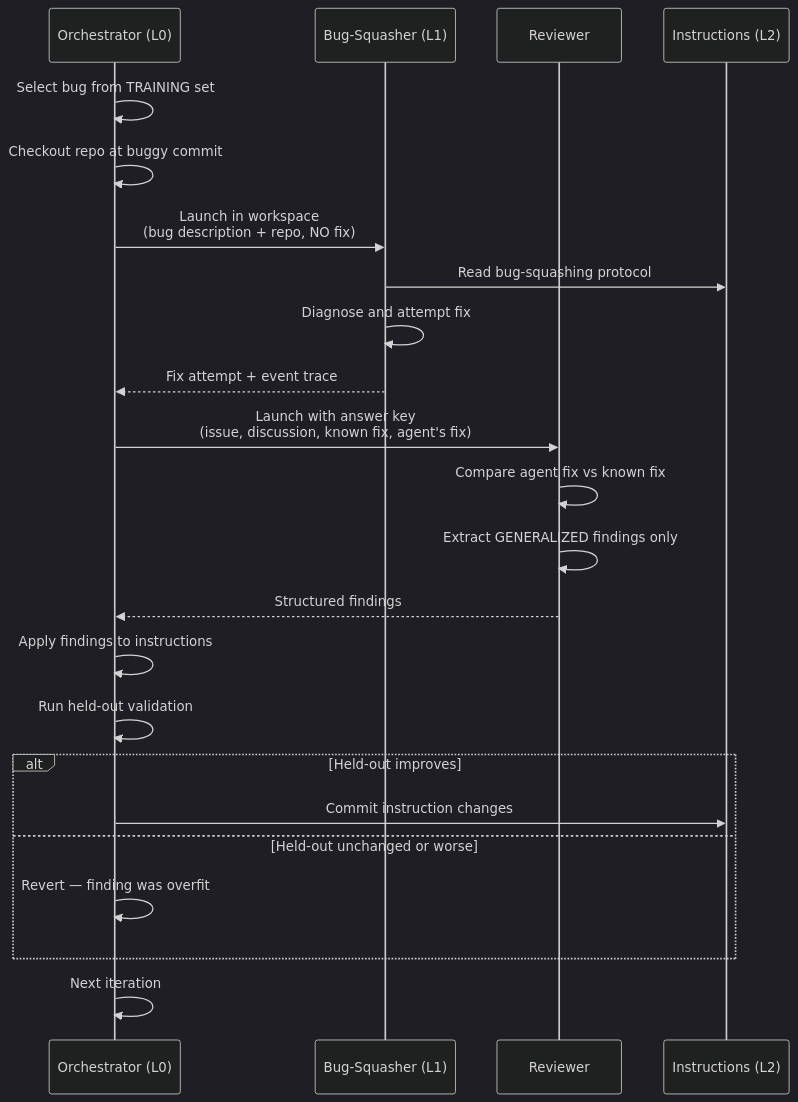
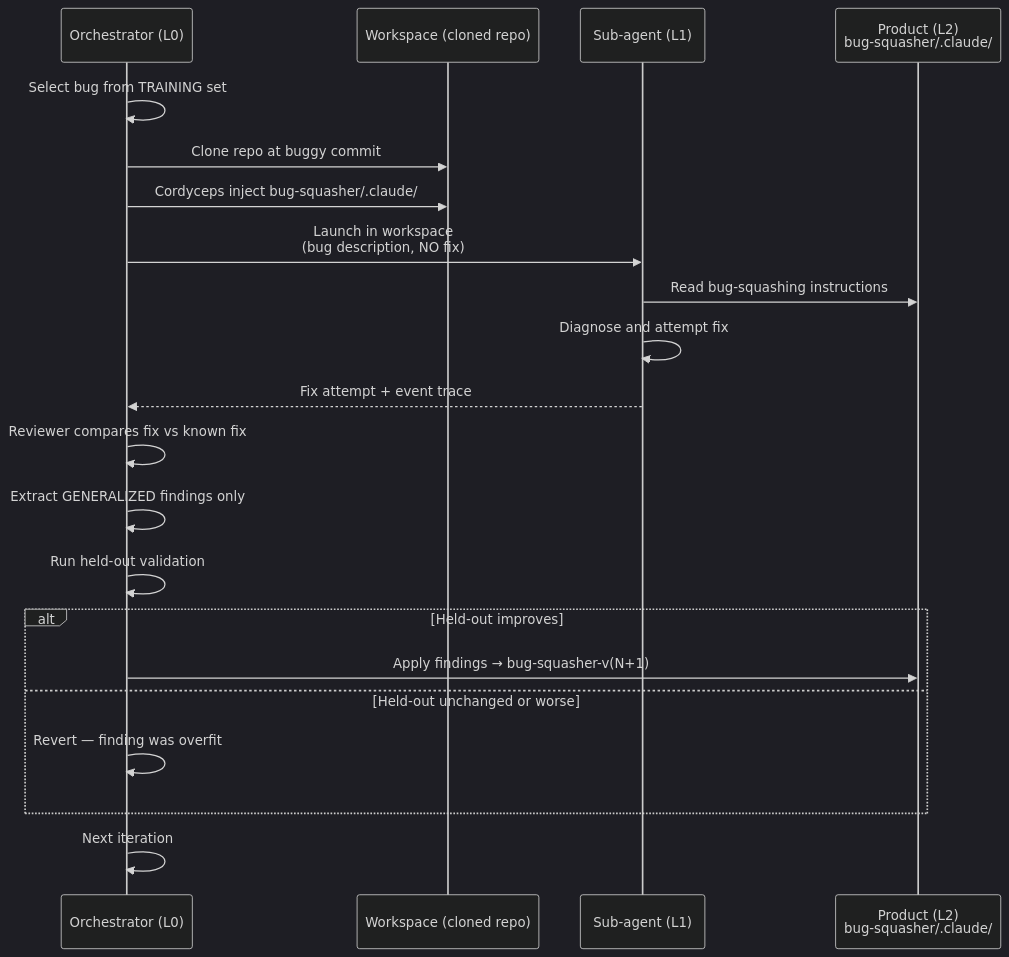
The second of 5 diagrams in agent-spec/docs/bug-squashing-loop.md (adam-s/agent-spec), drawn with Mermaid (dark theme) before and after one commit. The commit also changed other lines of this file and 5 other files, not shown here.

First line of the commit message:
Bug-squashing eval + bug-squasher sibling project

````diff
--- a/agent-spec/docs/bug-squashing-loop.md
+++ b/agent-spec/docs/bug-squashing-loop.md
@@ -40,29 +52,26 @@
 ```mermaid
 sequenceDiagram
     participant O as Orchestrator (L0)
-    participant S as Bug-Squasher (L1)
-    participant R as Reviewer
-    participant I as Instructions (L2)
+    participant W as Workspace (cloned repo)
+    participant S as Sub-agent (L1)
+    participant P as Product (L2)<br/>bug-squasher/.claude/
 
     O->>O: Select bug from TRAINING set
-    O->>O: Checkout repo at buggy commit
-    O->>S: Launch in workspace<br/>(bug description + repo, NO fix)
-    S->>I: Read bug-squashing protocol
+    O->>W: Clone repo at buggy commit
+    O->>W: Cordyceps inject bug-squasher/.claude/
+    O->>S: Launch in workspace<br/>(bug description, NO fix)
+    S->>P: Read bug-squashing instructions
     S->>S: Diagnose and attempt fix
     S-->>O: Fix attempt + event trace
 
-    O->>R: Launch with answer key<br/>(issue, discussion, known fix, agent's fix)
-    R->>R: Compare agent fix vs known fix
-    R->>R: Extract GENERALIZED findings only
-    R-->>O: Structured findings
-
-    O->>O: Apply findings to instructions
+    O->>O: Reviewer compares fix vs known fix
+    O->>O: Extract GENERALIZED findings only
     O->>O: Run held-out validation
     alt Held-out improves
-        O->>I: Commit instruction changes
+        O->>P: Apply findings → bug-squasher-v(N+1)
     else Held-out unchanged or worse
         O->>O: Revert — finding was overfit
     end
 
     O->>O: Next iteration
 ```
````
